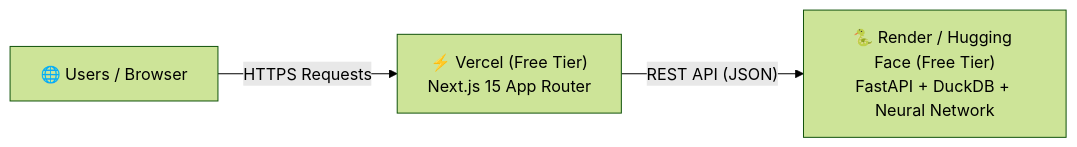
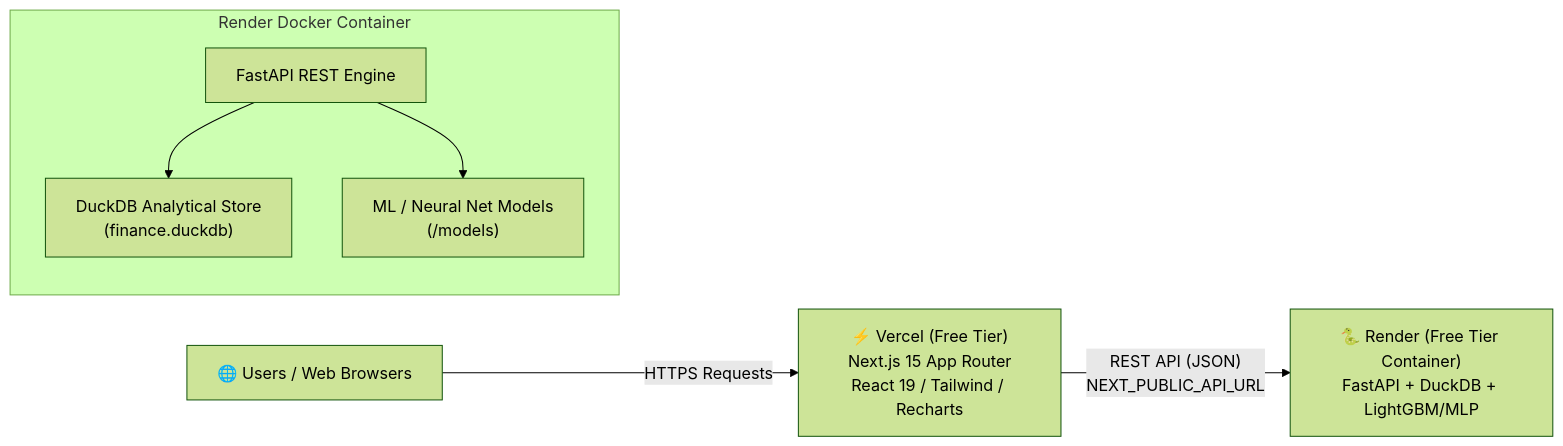
One commit to svijetaj/manufacturer-demand-profitability changed the diagram in docs/DEPLOYMENT.md. Above: the diagram before and after it, drawn with Mermaid (forest theme). The commit also changed other lines of this file, not shown here.

````diff
--- a/docs/DEPLOYMENT.md
+++ b/docs/DEPLOYMENT.md
@@ -9,5 +20,13 @@
 ```mermaid
 flowchart LR
-    User["🌐 Users / Browser"] -->|"HTTPS Requests"| Vercel["⚡ Vercel (Free Tier)<br/>Next.js 15 App Router"]
-    Vercel -->|"REST API (JSON)"| Backend["🐍 Render / Hugging Face (Free Tier)<br/>FastAPI + DuckDB + Neural Network"]
+    User["🌐 Users / Web Browsers"] -->|"HTTPS Requests"| Vercel["⚡ Vercel (Free Tier)<br/>Next.js 15 App Router<br/>React 19 / Tailwind / Recharts"]
+    Vercel -->|"REST API (JSON)<br/>NEXT_PUBLIC_API_URL"| Render["🐍 Render (Free Tier Container)<br/>FastAPI + DuckDB + LightGBM/MLP"]
+    
+    subgraph Backend Container ["Render Docker Container"]
+        FastAPI["FastAPI REST Engine"]
+        DuckDB["DuckDB Analytical Store<br/>(finance.duckdb)"]
+        Models["ML / Neural Net Models<br/>(/models)"]
+        FastAPI --> DuckDB
+        FastAPI --> Models
+    end
 ```
````
